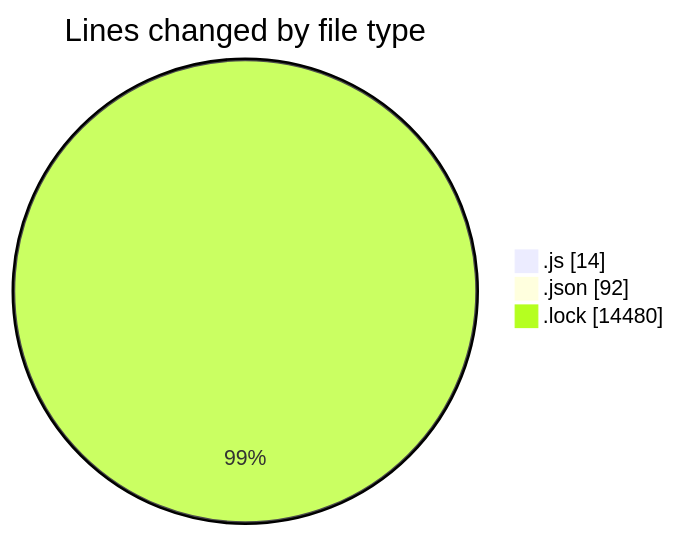
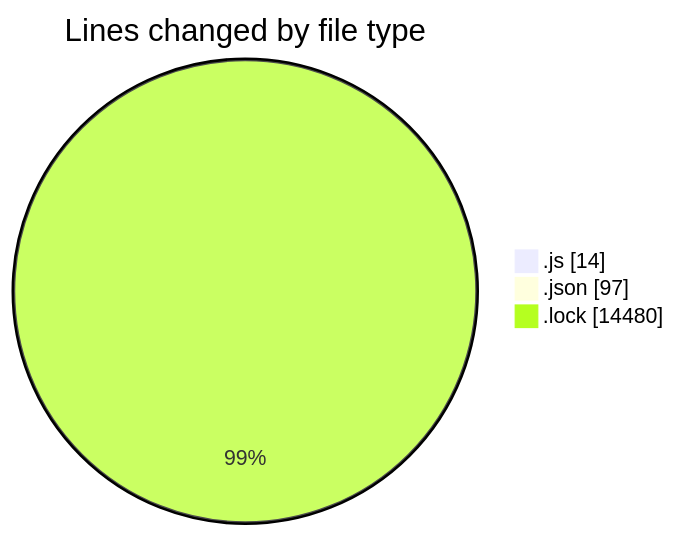
Before and after one commit to momahboobian/code-tracking: the first of 2 diagrams in 2025-12-18/cda/README.md, drawn with Mermaid. The commit also changed other lines of this file and 1 other file, not shown here.

````diff
--- a/2025-12-18/cda/README.md
+++ b/2025-12-18/cda/README.md
@@ -25,7 +25,7 @@
 ```mermaid
 pie showData
 title Lines changed by file type
 ".js" : 14
-".json" : 92
+".json" : 97
 ".lock" : 14480
 ```
````
